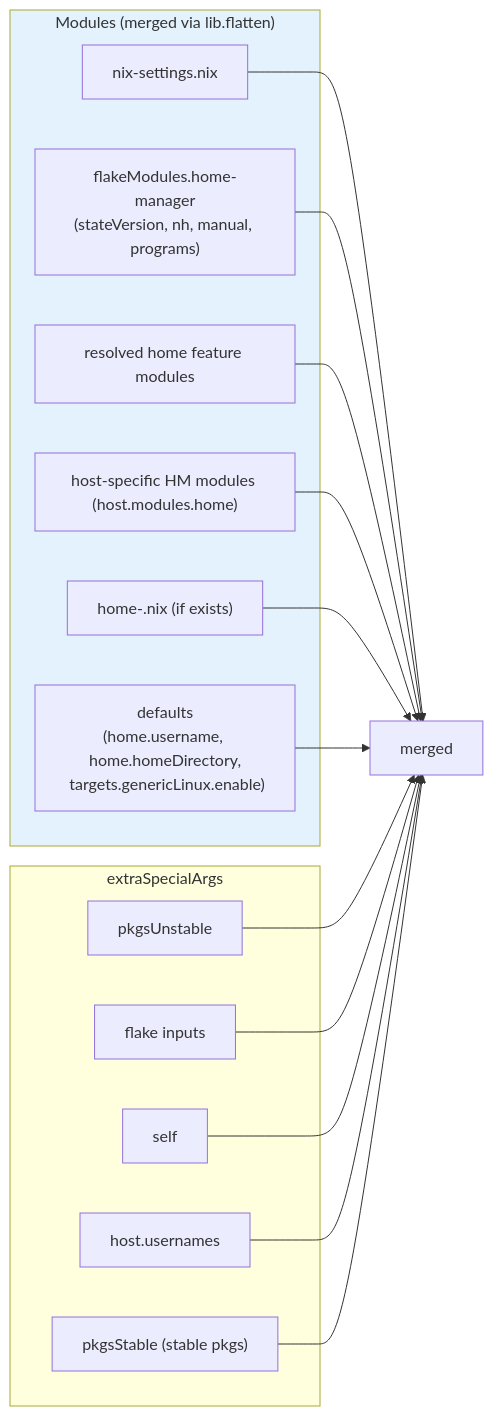
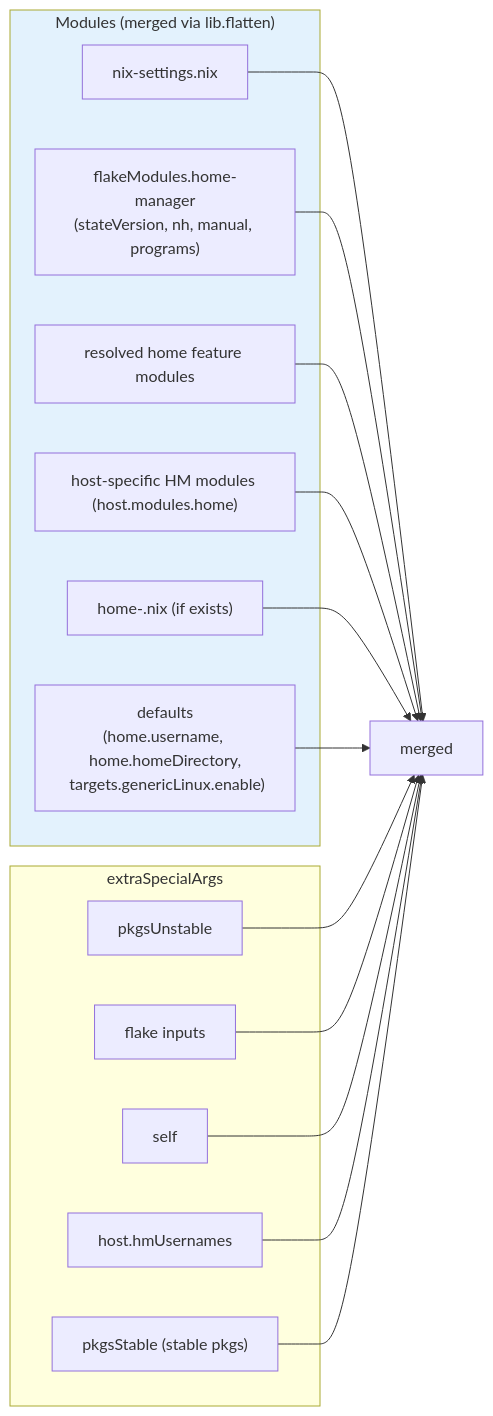
The sixth of 8 diagrams in DESIGN.md (WombatFromHell/automatic-palm-tree), drawn with Mermaid before and after one commit. The commit also changed other lines of this file and 7 other files, not shown here.

````diff
--- a/DESIGN.md
+++ b/DESIGN.md
@@ -220,30 +222,30 @@
 ```mermaid
 flowchart LR
     subgraph M["Modules (merged via lib.flatten)"]
         nixSet["nix-settings.nix"]
         hmMod["flakeModules.home-manager\n(stateVersion, nh, manual, programs)"]
         featMod["resolved home feature modules"]
         hostMod["host-specific HM modules (host.modules.home)"]
         userMod["home-<user>.nix (if exists)"]
         defaults["defaults\n(home.username, home.homeDirectory,\n targets.genericLinux.enable)"]
     end
     subgraph EA["extraSpecialArgs"]
         pkgsUnstable["pkgsUnstable"]
         inputs["flake inputs"]
         self["self"]
-        usernames["host.usernames"]
+        hmUsernames["host.hmUsernames"]
         pkgsStable["pkgsStable (stable pkgs)"]
     end
     nixSet --> merged
     hmMod --> merged
     featMod --> merged
     hostMod --> merged
     userMod --> merged
     defaults --> merged
     pkgsUnstable --> merged
     inputs --> merged
     self --> merged
-    usernames --> merged
+    hmUsernames --> merged
     pkgsStable --> merged
     style M fill:#e3f2fd
 ```
````
